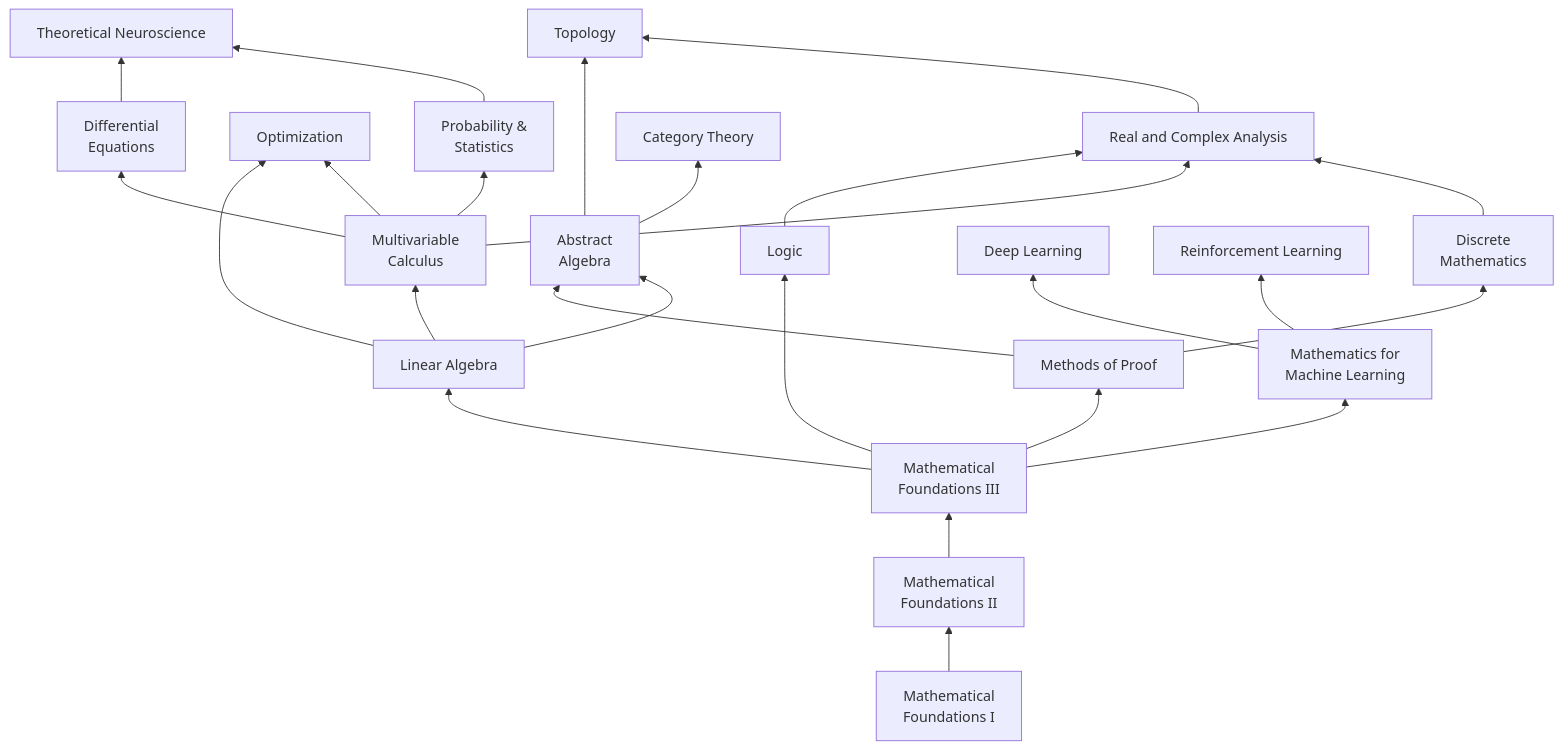
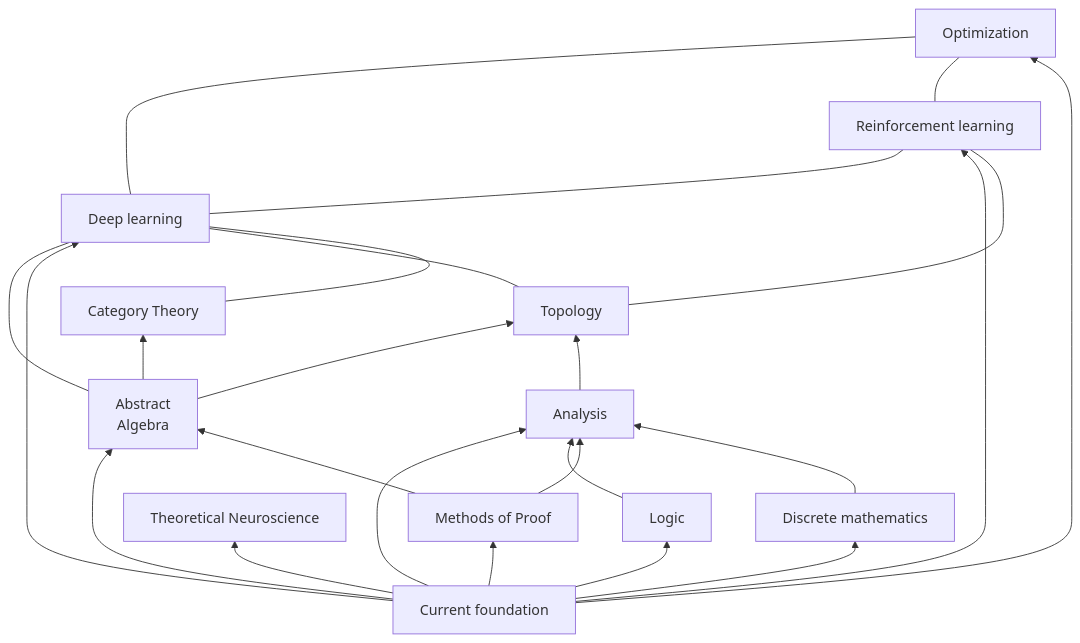
One commit to btromm/btromm.github.io changed the second of 2 diagrams in content/posts/self-studying mathematics/index.md. Above: the diagram before and after it, drawn with Mermaid. The commit also changed other lines of this file, not shown here.

Commit message:
Update diagram

````diff
--- a/content/posts/self-studying mathematics/index.md
+++ b/content/posts/self-studying mathematics/index.md
@@ -26,29 +50,29 @@
 ```mermaid
 graph BT
 
 %% Edges
-MF1[Mathematical<br>Foundations I] --> MF2[Mathematical<br>Foundations II] --> MF3[Mathematical<br>Foundations III]
-MF3 --> LA[Linear Algebra]
-MF3 --> ML[Mathematics for<br>Machine Learning]
-MF3 --> MP[Methods of Proof]
-MF3 --> LO[Logic]
-LO --> A
-MP --> AA
-MP --> DM[Discrete<br>Mathematics]
+F[Current foundation] --> DM[Discrete mathematics]
+F --> AA
+AA---DL
+DL---RL
+DL---O
+RL---O
+F --> O[Optimization]
+F --> DL[Deep learning]
+F --> RL[Reinforcement learning]
+F --> MP
+F --> A[Analysis]
+F --> TN[Theoretical Neuroscience]
+F --> LO
+LO[Logic] --> A
+MP[Methods of Proof] --> AA
+MP --> A
 AA[Abstract<br>Algebra]
-LA --> MVC[Multivariable<br>Calculus]
-LA --> AA
-LA --> O
-MVC --> PNS[Probability &<br>Statistics]
-MVC --> DE[Differential<br>Equations]
-MVC --> A[Real and Complex Analysis]
 DM --> A
-ML --> DL[Deep Learning]
-ML --> RL[Reinforcement Learning]
-MVC --> O[Optimization]
 AA --> T[Topology]
 A --> T
 AA --> CT[Category Theory]
-DE --> TN[Theoretical Neuroscience]
-PNS --> TN
+T---DL
+T---RL
+CT---DL
 ```
````
